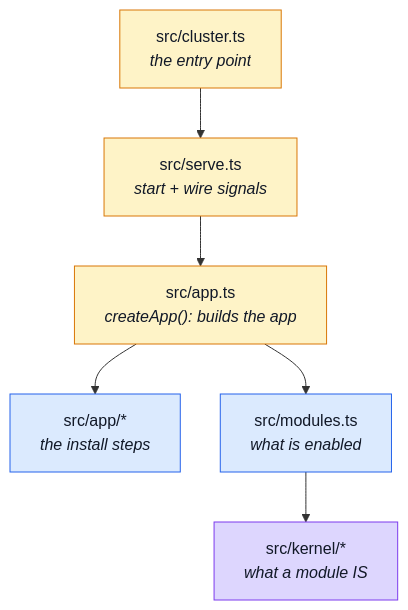
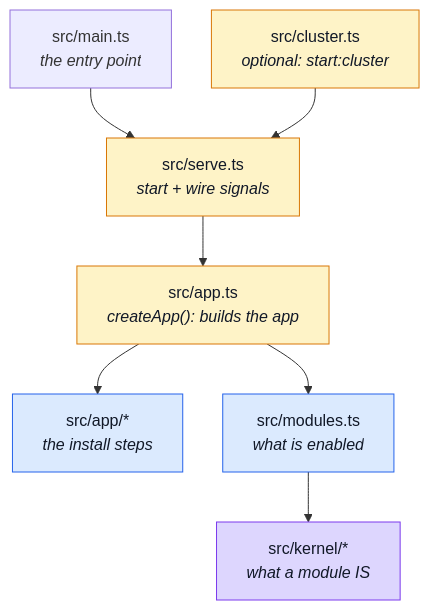
One commit to Guebbit/boilerplate-node-backend changed the diagram in docs/reference/src-app.md. Above: the diagram before and after it, drawn with Mermaid. The commit also changed other lines of this file and 31 other files, not shown here.

First line of the commit message:
feat(runtime): run one process by default, cluster only behind start:cluster

````diff
--- a/docs/reference/src-app.md
+++ b/docs/reference/src-app.md
@@ -14,16 +14,17 @@
 ```mermaid
 %%{init: {'flowchart': {'nodeSpacing': 40, 'rankSpacing': 50}}}%%
 flowchart TD
-    Cluster["src/cluster.ts<br/><i>the entry point</i>"] --> Serve["src/serve.ts<br/><i>start + wire signals</i>"]
+    Main["src/main.ts<br/><i>the entry point</i>"] --> Serve
+    Cluster["src/cluster.ts<br/><i>optional: start:cluster</i>"] --> Serve["src/serve.ts<br/><i>start + wire signals</i>"]
     Serve --> App["src/app.ts<br/><i>createApp(): builds the app</i>"]
     App --> Install["src/app/*<br/><i>the install steps</i>"]
     App --> Mods["src/modules.ts<br/><i>what is enabled</i>"]
     Mods --> Kernel["src/kernel/*<br/><i>what a module IS</i>"]
 
     classDef boot fill:#fef3c7,stroke:#d97706,color:#111827;
     classDef asm fill:#dbeafe,stroke:#2563eb,color:#111827;
     classDef ker fill:#ddd6fe,stroke:#7c3aed,color:#111827;
     class Cluster,Serve,App boot;
     class Install,Mods asm;
     class Kernel ker;
 ```
````
